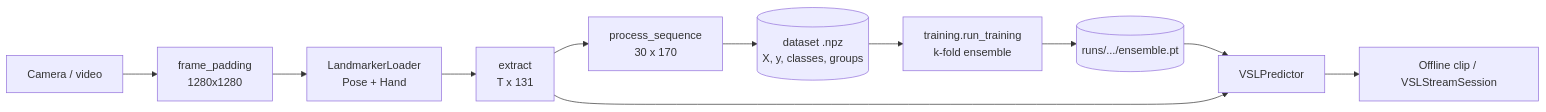
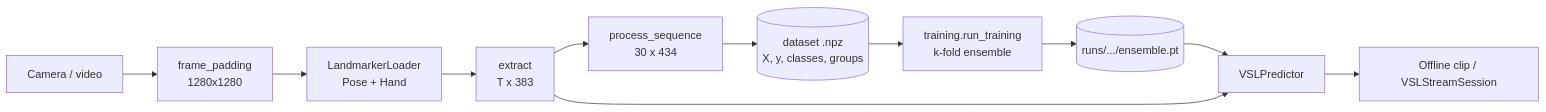
The diagram in docs/README.md (TongTaiTrung/vsl-translator-new), drawn with Mermaid before and after one commit. The commit also changed other lines of this file and 144 other files, not shown here.

````diff
--- a/docs/README.md
+++ b/docs/README.md
@@ -24,13 +26,13 @@
 ```mermaid
 flowchart LR
     A[Camera / video] --> B[frame_padding<br/>1280x1280]
     B --> C[LandmarkerLoader<br/>Pose + Hand]
-    C --> D[extract<br/>T x 131]
-    D --> E[process_sequence<br/>30 x 170]
+    C --> D[extract<br/>T x 383]
+    D --> E[process_sequence<br/>30 x 434]
     E --> F[(dataset .npz<br/>X, y, classes, groups)]
     F --> G[training.run_training<br/>k-fold ensemble]
     G --> H[(runs/.../ensemble.pt)]
     H --> I[VSLPredictor]
     D --> I
     I --> J[Offline clip / VSLStreamSession]
 ```
````
